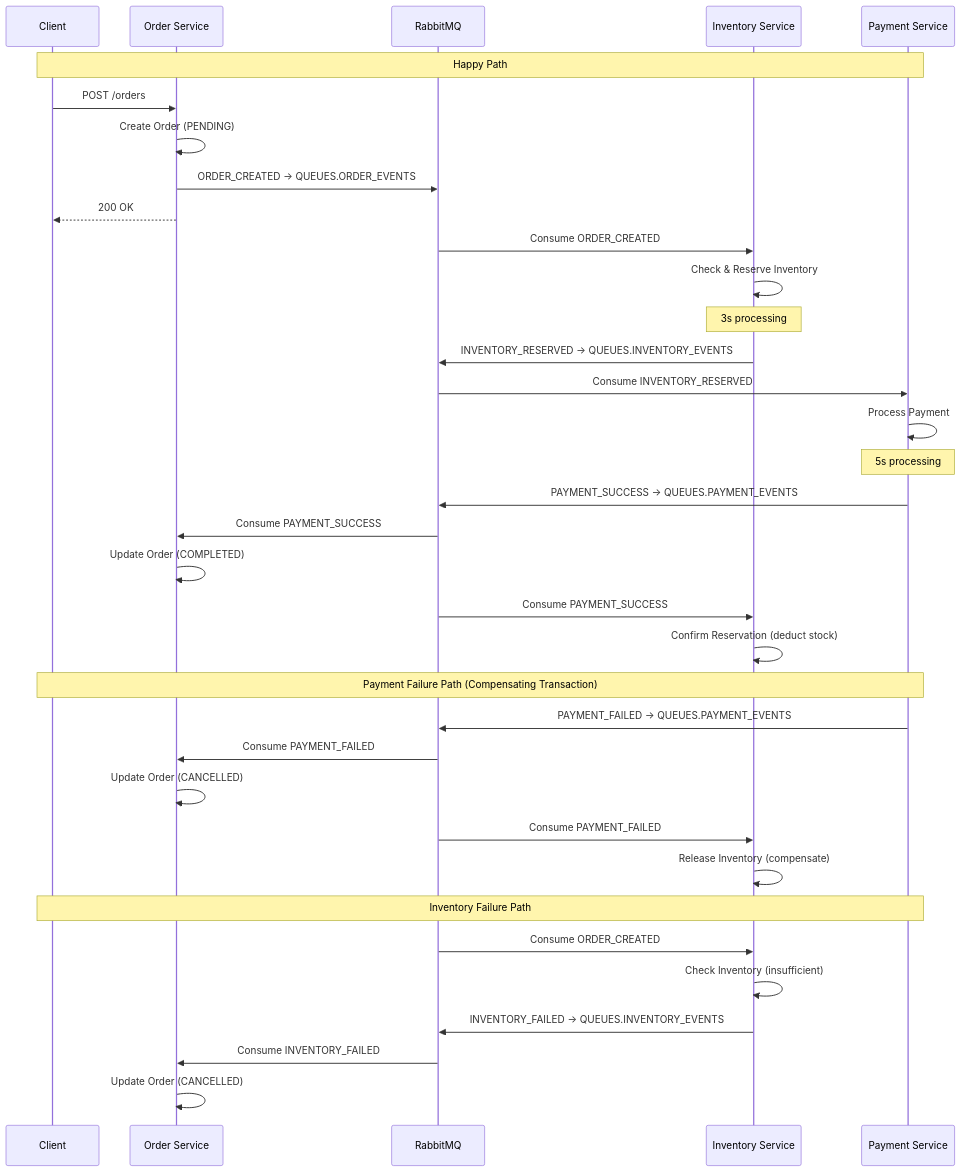
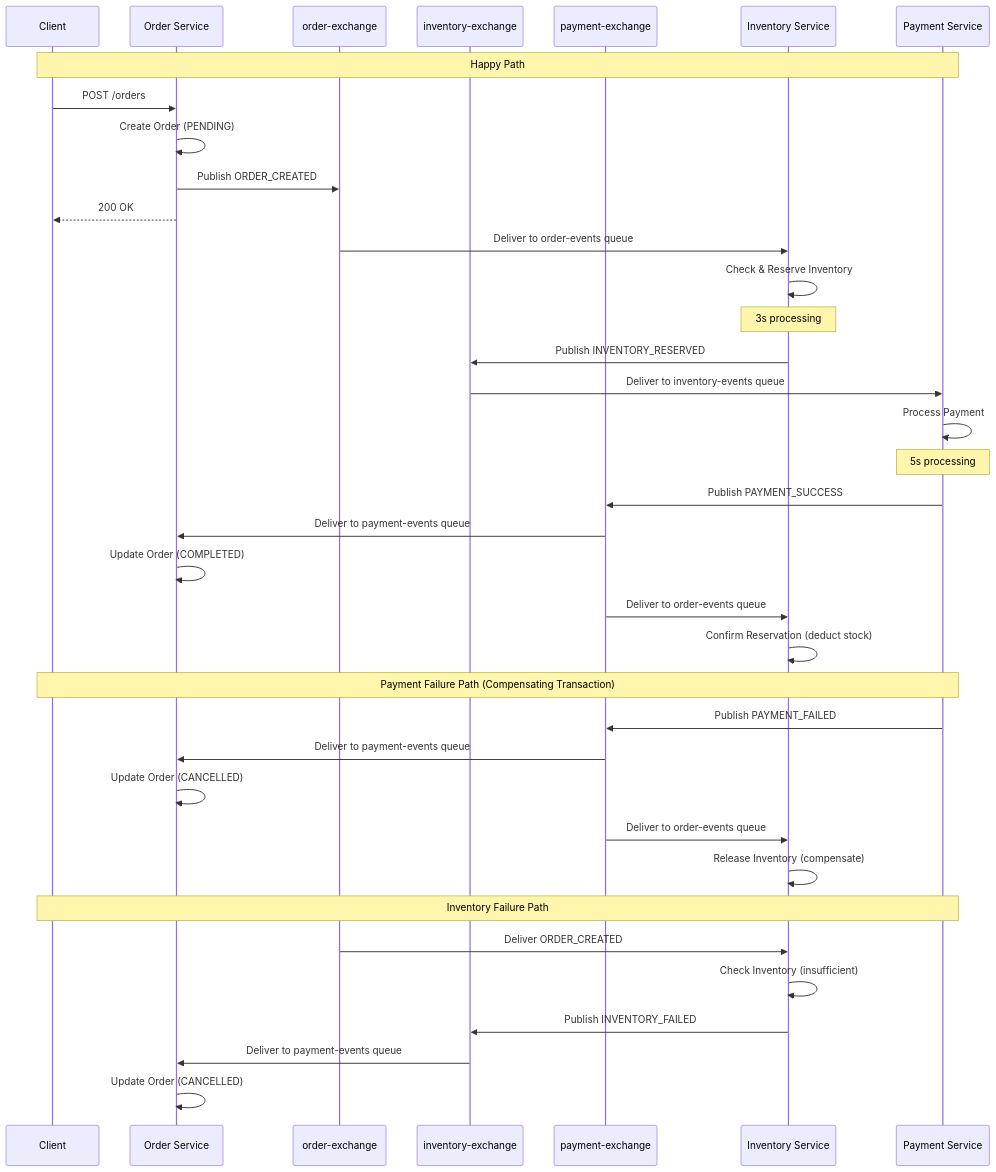
The diagram in README.md (kristianka/SWAP), drawn with Mermaid before and after one commit. The commit also changed other lines of this file, not shown here.

````diff
--- a/README.md
+++ b/README.md
@@ -38,46 +62,48 @@
 ```mermaid
     sequenceDiagram
         participant Client
         participant OrderService as Order Service
-        participant RabbitMQ
+        participant OrderExchange as order-exchange
+        participant InventoryExchange as inventory-exchange
+        participant PaymentExchange as payment-exchange
         participant InventoryService as Inventory Service
         participant PaymentService as Payment Service
 
         Note over Client,PaymentService: Happy Path
 
         Client->>OrderService: POST /orders
         OrderService->>OrderService: Create Order (PENDING)
-        OrderService->>RabbitMQ: ORDER_CREATED → QUEUES.ORDER_EVENTS
+        OrderService->>OrderExchange: Publish ORDER_CREATED
         OrderService-->>Client: 200 OK
 
-        RabbitMQ->>InventoryService: Consume ORDER_CREATED
+        OrderExchange->>InventoryService: Deliver to order-events queue
         InventoryService->>InventoryService: Check & Reserve Inventory
         Note over InventoryService: 3s processing
-        InventoryService->>RabbitMQ: INVENTORY_RESERVED → QUEUES.INVENTORY_EVENTS
+        InventoryService->>InventoryExchange: Publish INVENTORY_RESERVED
 
-        RabbitMQ->>PaymentService: Consume INVENTORY_RESERVED
+        InventoryExchange->>PaymentService: Deliver to inventory-events queue
         PaymentService->>PaymentService: Process Payment
         Note over PaymentService: 5s processing
-        PaymentService->>RabbitMQ: PAYMENT_SUCCESS → QUEUES.PAYMENT_EVENTS
+        PaymentService->>PaymentExchange: Publish PAYMENT_SUCCESS
 
-        RabbitMQ->>OrderService: Consume PAYMENT_SUCCESS
+        PaymentExchange->>OrderService: Deliver to payment-events queue
         OrderService->>OrderService: Update Order (COMPLETED)
-        RabbitMQ->>InventoryService: Consume PAYMENT_SUCCESS
+        PaymentExchange->>InventoryService: Deliver to order-events queue
         InventoryService->>InventoryService: Confirm Reservation (deduct stock)
 
         Note over Client,PaymentService: Payment Failure Path (Compensating Transaction)
 
-        PaymentService->>RabbitMQ: PAYMENT_FAILED → QUEUES.PAYMENT_EVENTS
-        RabbitMQ->>OrderService: Consume PAYMENT_FAILED
+        PaymentService->>PaymentExchange: Publish PAYMENT_FAILED
+        PaymentExchange->>OrderService: Deliver to payment-events queue
         OrderService->>OrderService: Update Order (CANCELLED)
-        RabbitMQ->>InventoryService: Consume PAYMENT_FAILED
+        PaymentExchange->>InventoryService: Deliver to order-events queue
         InventoryService->>InventoryService: Release Inventory (compensate)
 
         Note over Client,PaymentService: Inventory Failure Path
 
-        RabbitMQ->>InventoryService: Consume ORDER_CREATED
+        OrderExchange->>InventoryService: Deliver ORDER_CREATED
         InventoryService->>InventoryService: Check Inventory (insufficient)
-        InventoryService->>RabbitMQ: INVENTORY_FAILED → QUEUES.INVENTORY_EVENTS
-        RabbitMQ->>OrderService: Consume INVENTORY_FAILED
+        InventoryService->>InventoryExchange: Publish INVENTORY_FAILED
+        InventoryExchange->>OrderService: Deliver to payment-events queue
         OrderService->>OrderService: Update Order (CANCELLED)
 ```
````
